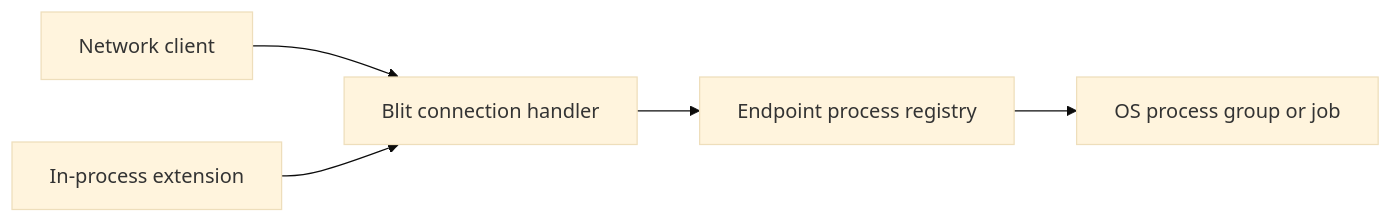
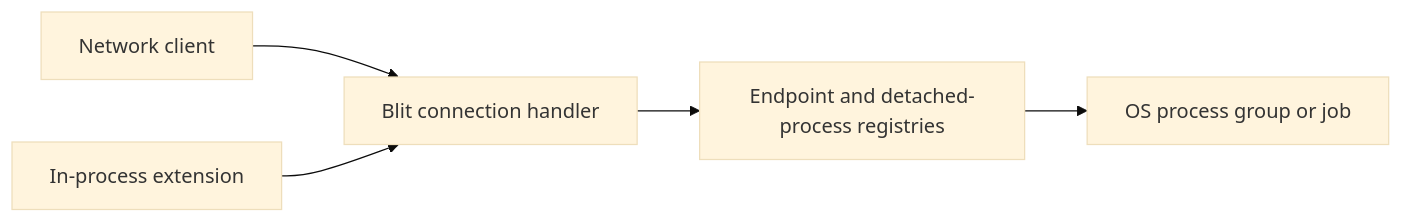
The diagram in docs/design/processes.md (indent-com/blit), drawn with Mermaid (base theme) before and after one commit. The commit also changed other lines of this file, not shown here.

Commit message:
docs: define detachable process adoption

````diff
--- a/docs/design/processes.md
+++ b/docs/design/processes.md
@@ -17,7 +19,7 @@
 ```mermaid
 flowchart LR
     Network["Network client"] --> Handler["Blit connection handler"]
     Extension["In-process extension"] --> Handler
-    Handler --> Registry["Endpoint process registry"]
+    Handler --> Registry["Endpoint and detached-process registries"]
     Registry --> Child["OS process group or job"]
 ```
````
